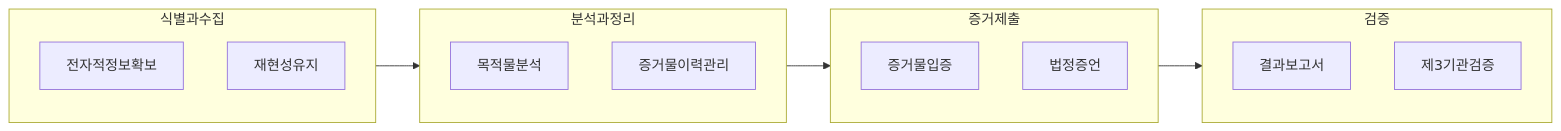
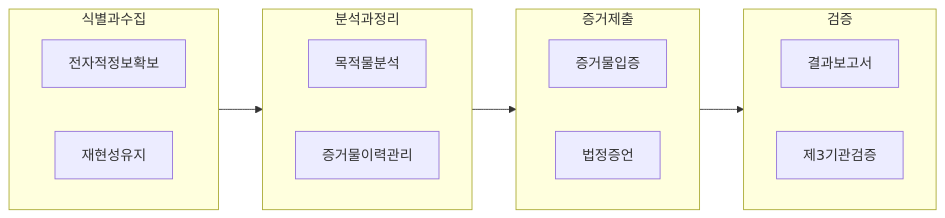
The diagram in blog/pe/sec/digital-forensics.md (gracefullight/gracefullight.github.io), drawn with Mermaid before and after one commit. The commit also changed 29 other files, not shown here.

````diff
--- a/blog/pe/sec/digital-forensics.md
+++ b/blog/pe/sec/digital-forensics.md
@@ -45,24 +45,28 @@
 ```mermaid
 graph LR
   subgraph 식별과수집
+    direction LR
     전자적정보확보
     재현성유지
   end
 
   subgraph 분석과정리
+    direction LR
     목적물분석
     증거물이력관리
   end
 
   subgraph 증거제출
+    direction LR
     증거물입증
     법정증언
   end
 
   subgraph 검증
+    direction LR
     결과보고서
     제3기관검증
   end
 
   식별과수집 --> 분석과정리 --> 증거제출 --> 검증
 ```
````
